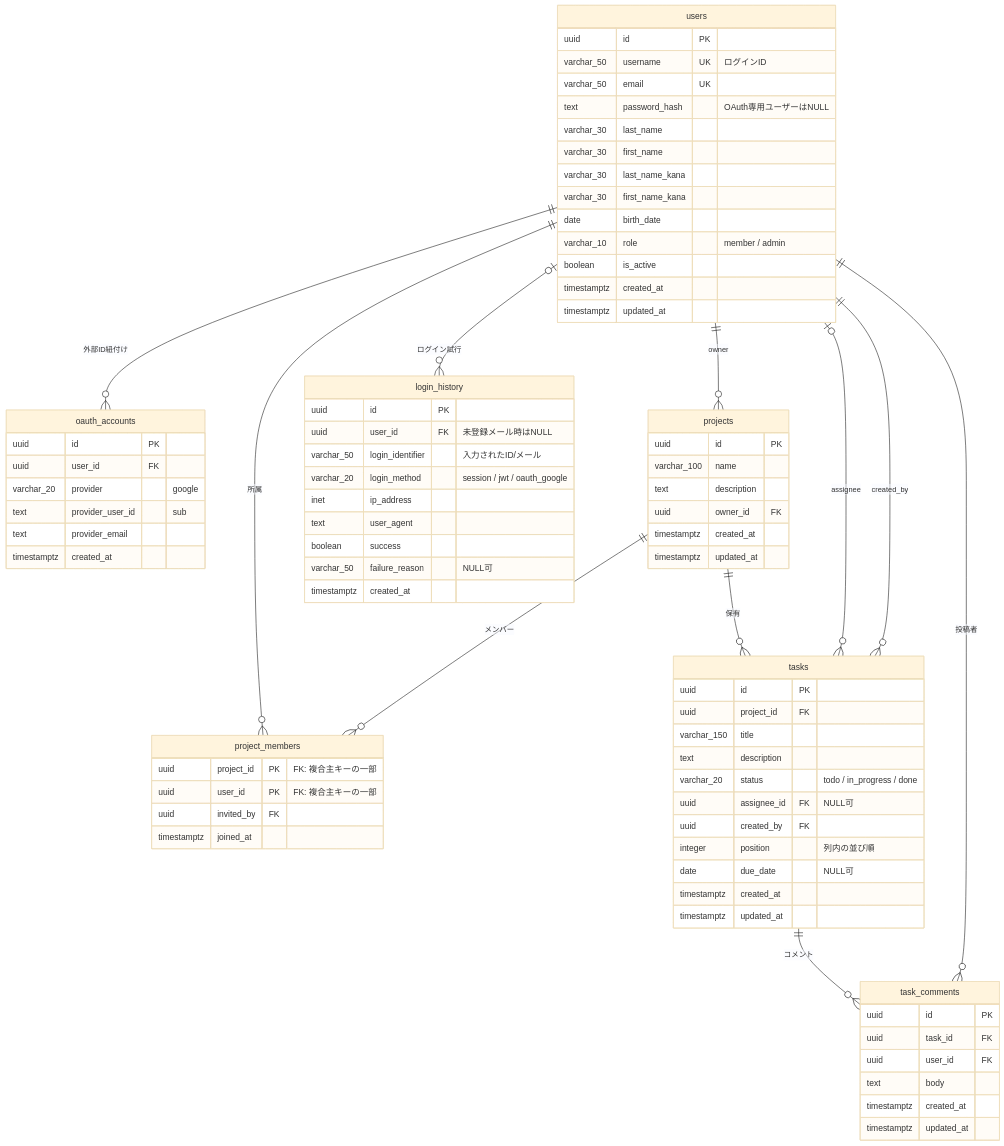
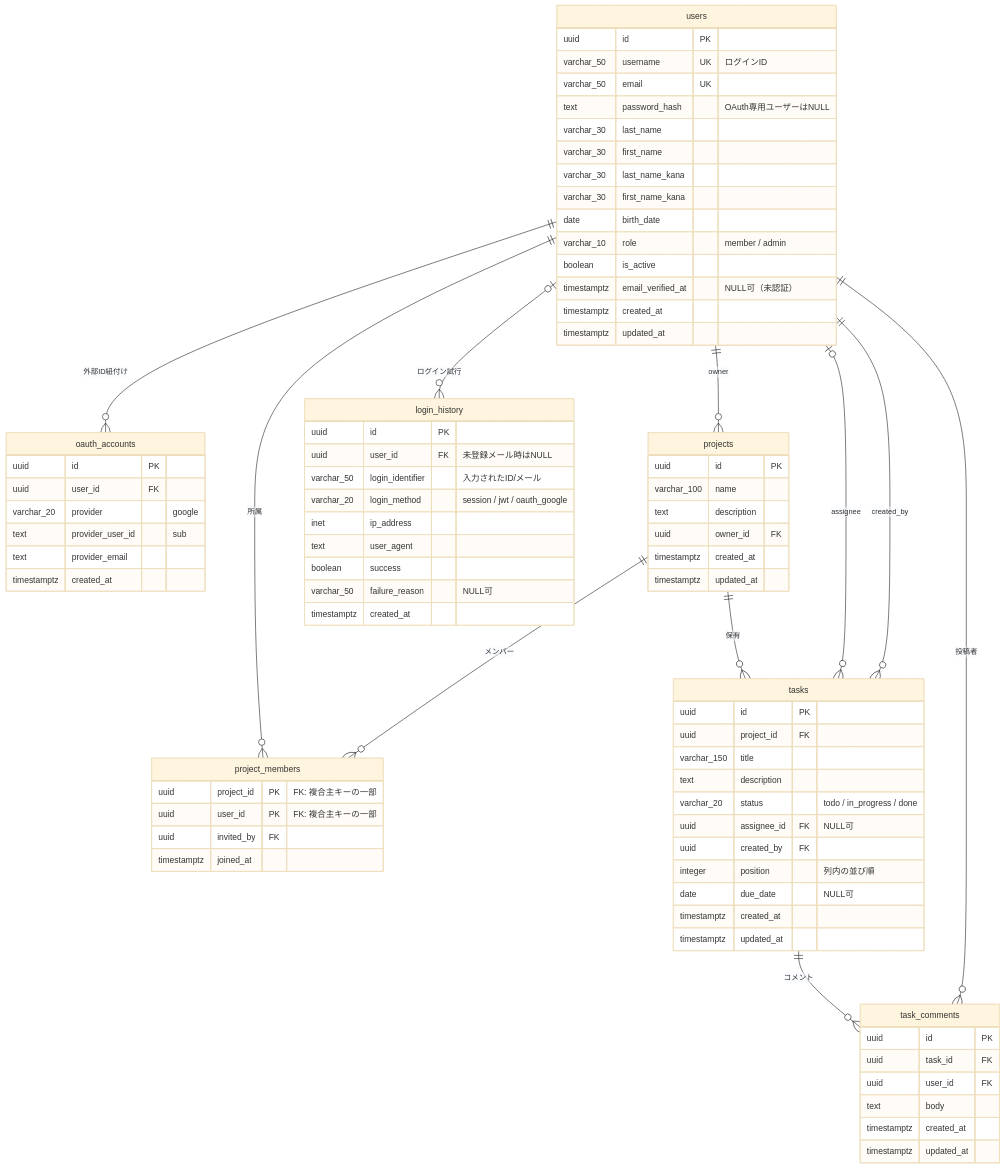
The first of 5 diagrams in basic_design/01_database.md (oikawa-d/task_management), drawn with Mermaid (base theme) before and after one commit. The commit also changed other lines of this file and 9 other files, not shown here.

```diff
--- a/basic_design/01_database.md
+++ b/basic_design/01_database.md
@@ -43,6 +43,7 @@
         date birth_date
         varchar_10 role "member / admin"
         boolean is_active
+        timestamptz email_verified_at "NULL可（未認証）"
         timestamptz created_at
         timestamptz updated_at
     }
```
